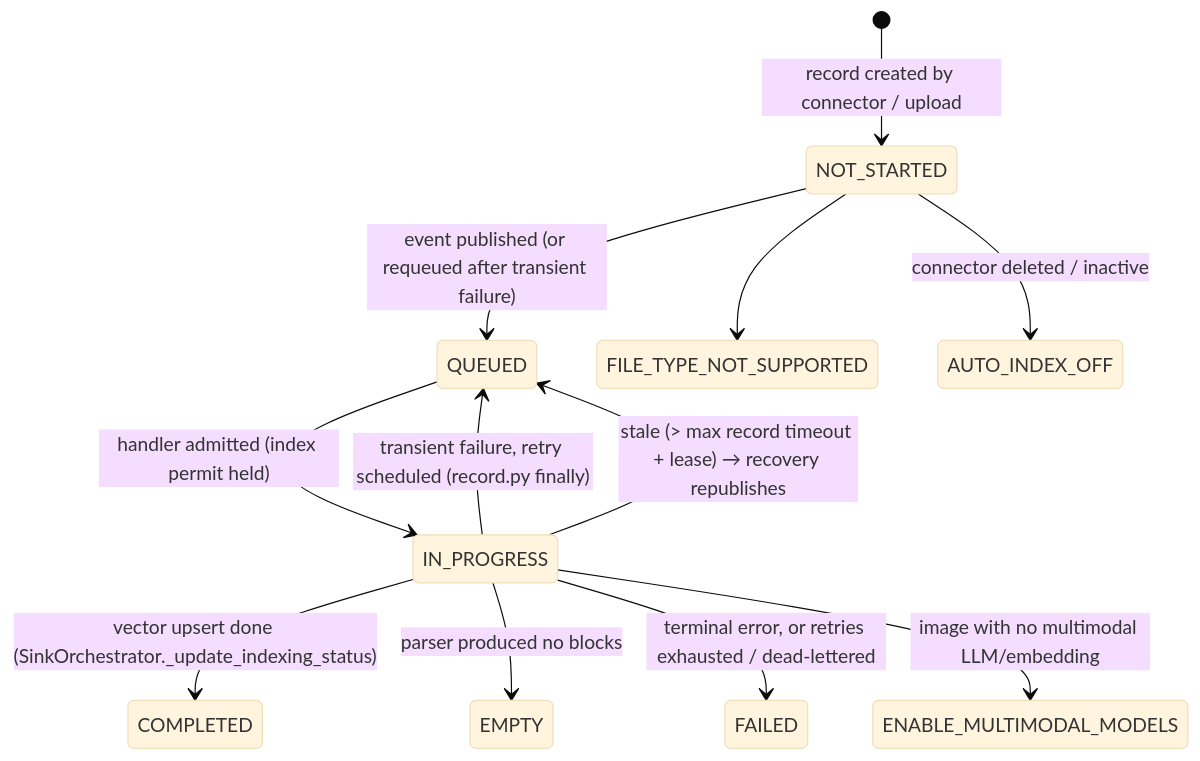
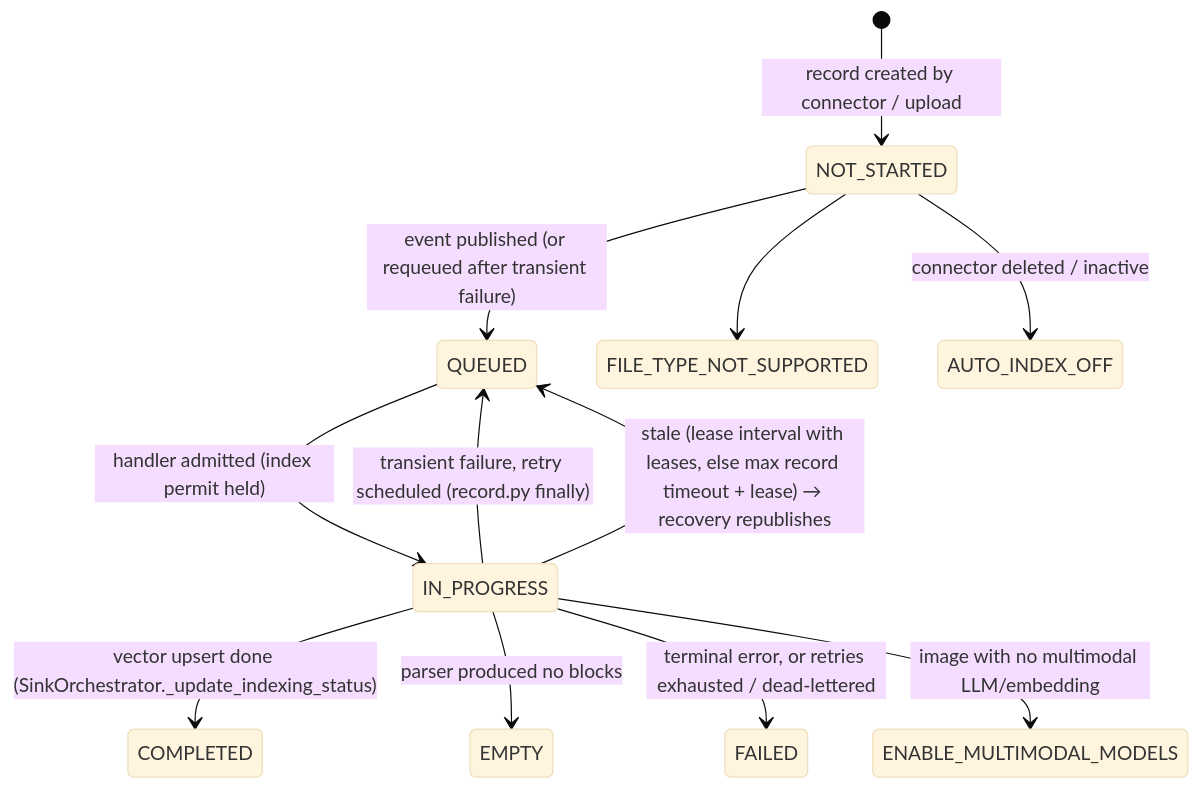
One commit to pipeshub-ai/pipeshub-ai changed the second of 4 diagrams in docs/indexing-service.md. Above: the diagram before and after it, drawn with Mermaid (base theme). The commit also changed other lines of this file and 3 other files, not shown here.

````diff
--- a/docs/indexing-service.md
+++ b/docs/indexing-service.md
@@ -69,14 +69,14 @@
 ```mermaid
 stateDiagram-v2
     [*] --> NOT_STARTED: record created by connector / upload
     NOT_STARTED --> QUEUED: event published (or requeued after transient failure)
     QUEUED --> IN_PROGRESS: handler admitted (index permit held)
     IN_PROGRESS --> COMPLETED: vector upsert done (SinkOrchestrator._update_indexing_status)
     IN_PROGRESS --> EMPTY: parser produced no blocks
     IN_PROGRESS --> QUEUED: transient failure, retry scheduled (record.py finally)
     IN_PROGRESS --> FAILED: terminal error, or retries exhausted / dead-lettered
-    IN_PROGRESS --> QUEUED: stale (> max record timeout + lease) → recovery republishes
+    IN_PROGRESS --> QUEUED: stale (lease interval with leases, else max record timeout + lease) → recovery republishes
     NOT_STARTED --> FILE_TYPE_NOT_SUPPORTED
     NOT_STARTED --> AUTO_INDEX_OFF: connector deleted / inactive
     IN_PROGRESS --> ENABLE_MULTIMODAL_MODELS: image with no multimodal LLM/embedding
 ```
````
